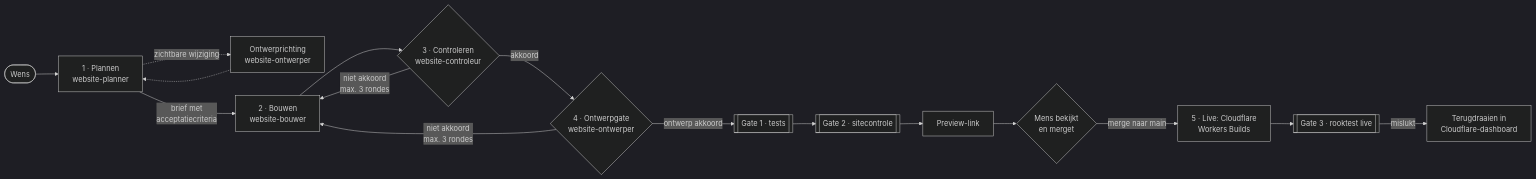
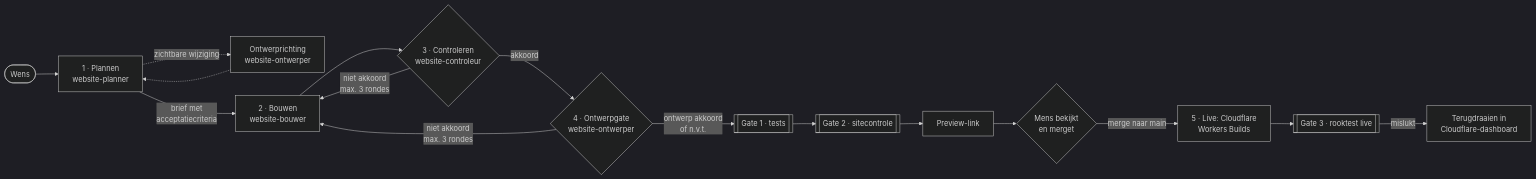
Before and after one commit to CarstvdnBosch/luxmini: the diagram in docs/ai-pdlc.md, drawn with Mermaid (dark theme). The commit also changed other lines of this file and 8 other files, not shown here.

````diff
--- a/docs/ai-pdlc.md
+++ b/docs/ai-pdlc.md
@@ -5,18 +5,18 @@
 ```mermaid
 flowchart LR
   W([Wens]) --> P[1 · Plannen<br/>website-planner]
   P -.->|zichtbare wijziging| O1[Ontwerprichting<br/>website-ontwerper]
   O1 -.-> P
   P -->|brief met<br/>acceptatiecriteria| B[2 · Bouwen<br/>website-bouwer]
   B --> C{3 · Controleren<br/>website-controleur}
   C -->|niet akkoord<br/>max. 3 rondes| B
   C -->|akkoord| O{4 · Ontwerpgate<br/>website-ontwerper}
   O -->|niet akkoord<br/>max. 3 rondes| B
-  O -->|ontwerp akkoord| G1[[Gate 1 · tests]]
+  O -->|ontwerp akkoord<br/>of n.v.t.| G1[[Gate 1 · tests]]
   G1 --> G2[[Gate 2 · sitecontrole]]
   G2 --> PV[Preview-link]
   PV --> M{Mens bekijkt<br/>en merget}
   M -->|merge naar main| L[5 · Live: Cloudflare<br/>Workers Builds]
   L --> G3[[Gate 3 · rooktest live]]
   G3 -->|mislukt| RB[Terugdraaien in<br/>Cloudflare-dashboard]
 ```
````
